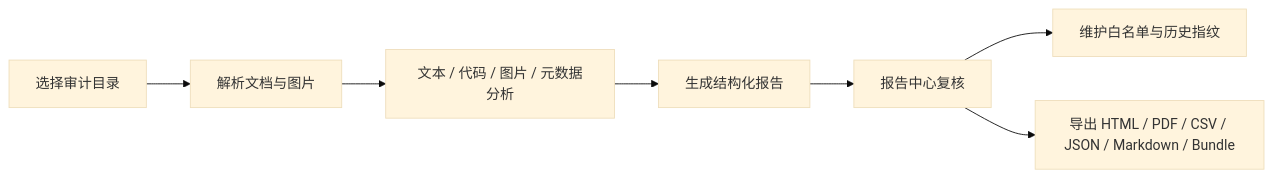
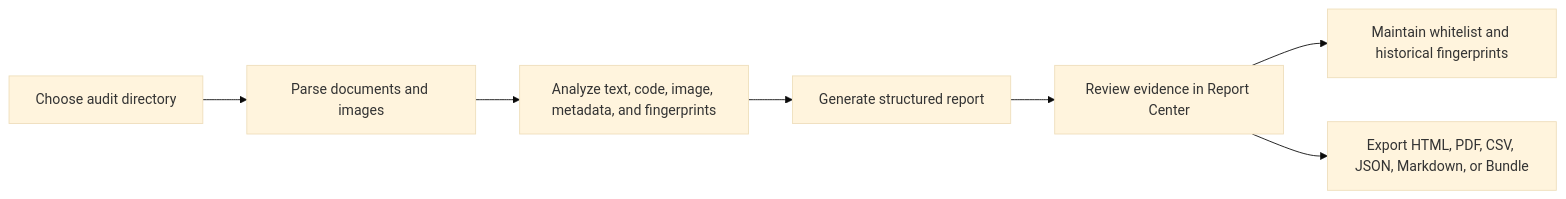
Before and after one commit to D1a0y1bb/PitcherPlant: the first of 2 diagrams in README.md, drawn with Mermaid (base theme). The commit also changed other lines of this file and 10 other files, not shown here.

````diff
--- a/README.md
+++ b/README.md
@@ -98,9 +97,9 @@
 ```mermaid
 flowchart LR
-    A["选择审计目录"] --> B["解析文档与图片"]
-    B --> C["文本 / 代码 / 图片 / 元数据分析"]
-    C --> D["生成结构化报告"]
-    D --> E["报告中心复核"]
-    E --> F["维护白名单与历史指纹"]
-    E --> G["导出 HTML / PDF / CSV / JSON / Markdown / Bundle"]
+    A["Choose audit directory"] --> B["Parse documents and images"]
+    B --> C["Analyze text, code, image, metadata, and fingerprints"]
+    C --> D["Generate structured report"]
+    D --> E["Review evidence in Report Center"]
+    E --> F["Maintain whitelist and historical fingerprints"]
+    E --> G["Export HTML, PDF, CSV, JSON, Markdown, or Bundle"]
 ```
````
